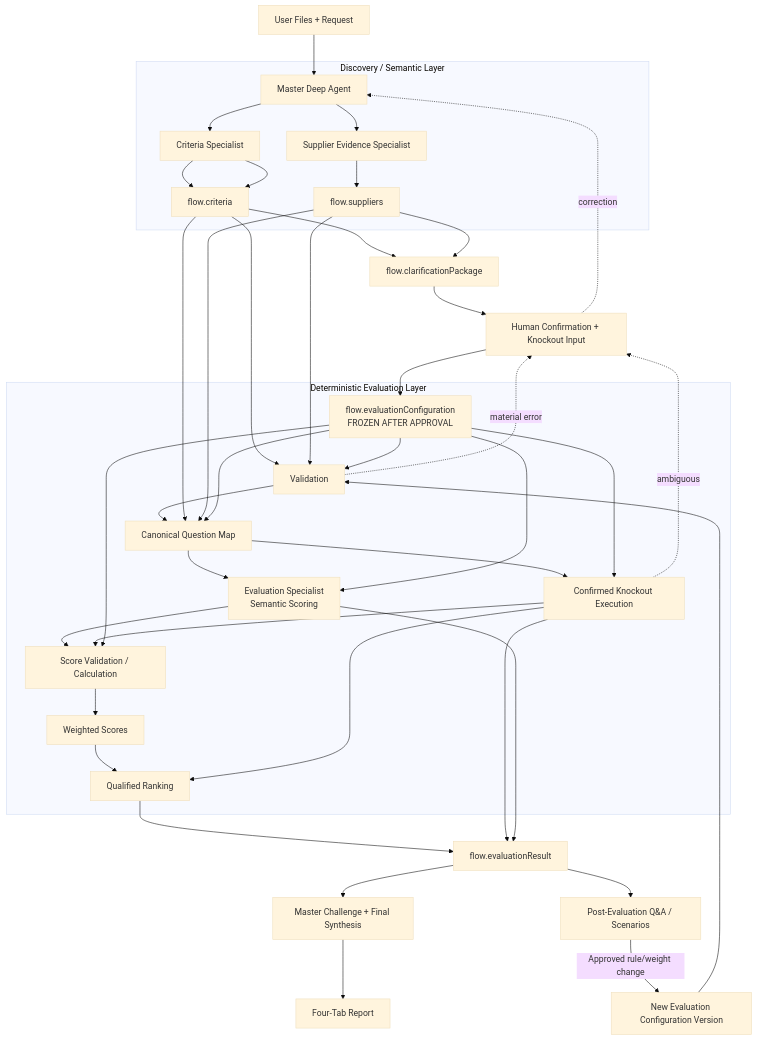
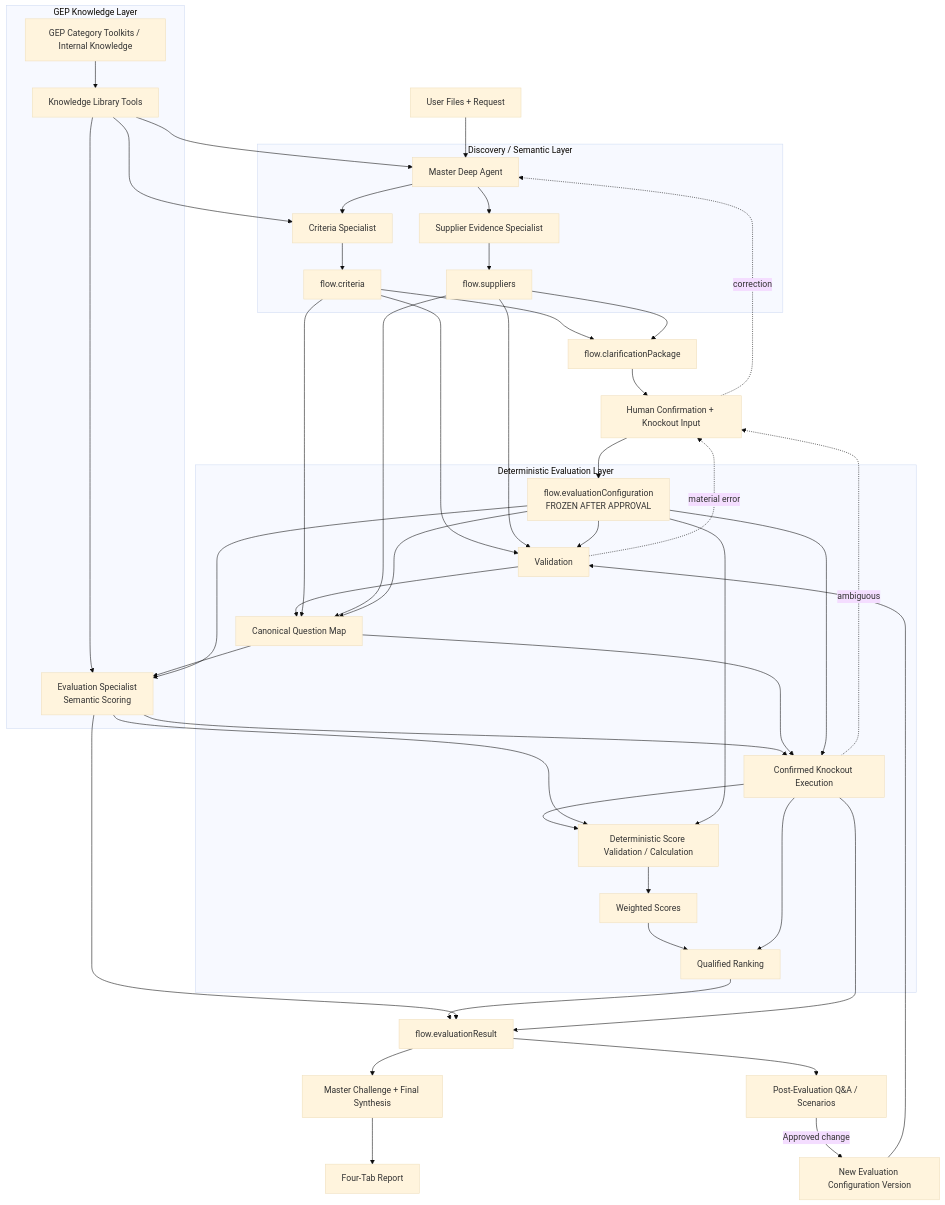
One commit to adityarane-ai/Agentic-Orchestrations changed the first of 2 diagrams in Bid Analysis Agent/05A-Data-Flow-Architecture.md. Above: the diagram before and after it, drawn with Mermaid (base theme). The commit also changed other lines of this file, not shown here.

Commit message:
Add GEP knowledge layer to data flow and governance

````diff
--- a/Bid Analysis Agent/05A-Data-Flow-Architecture.md
+++ b/Bid Analysis Agent/05A-Data-Flow-Architecture.md
@@ -21,50 +13,59 @@
 ```mermaid
 flowchart TB
     RAW[User Files + Request] --> M[Master Deep Agent]
 
     subgraph DISC[Discovery / Semantic Layer]
         M --> C[Criteria Specialist]
         M --> S[Supplier Evidence Specialist]
         C --> CRIT[flow.criteria]
         S --> SUP[flow.suppliers]
-        C --> CRIT
     end
 
-    CRIT --> BP[flow.clarificationPackage]
-    SUP --> BP
-    BP --> HUMAN[Human Confirmation + Knockout Input]
+    subgraph KNOW[GEP Knowledge Layer]
+        K[GEP Category Toolkits / Internal Knowledge]
+        KT[Knowledge Library Tools]
+        K --> KT
+        KT --> C
+        KT --> E
+        KT --> M
+    end
+
+    CRIT --> CP[flow.clarificationPackage]
+    SUP --> CP
+    CP --> HUMAN[Human Confirmation + Knockout Input]
     HUMAN --> CFG[flow.evaluationConfiguration<br/>FROZEN AFTER APPROVAL]
 
     subgraph DET[Deterministic Evaluation Layer]
         CRIT --> VAL[Validation]
         SUP --> VAL
         CFG --> VAL
         VAL --> CAN[Canonical Question Map]
         CRIT --> CAN
         SUP --> CAN
         CFG --> CAN
-        CAN --> KO[Confirmed Knockout Execution]
+        CAN --> E[Evaluation Specialist<br/>Semantic Scoring]
+        CFG --> E
+        E --> KO[Confirmed Knockout Execution]
+        CAN --> KO
         CFG --> KO
-        CAN --> SEM[Evaluation Specialist<br/>Semantic Scoring]
-        CFG --> SEM
-        SEM --> SV[Score Validation / Calculation]
-        KO --> SV
+        KO --> SV[Deterministic Score Validation / Calculation]
+        E --> SV
         CFG --> SV
         SV --> W[Weighted Scores]
         W --> R[Qualified Ranking]
         KO --> R
     end
 
     R --> RESULT[flow.evaluationResult]
+    E --> RESULT
     KO --> RESULT
-    SEM --> RESULT
-    RESULT --> MASTERQC[Master Challenge + Final Synthesis]
-    MASTERQC --> REPORT[Four-Tab Report]
+    RESULT --> QC[Master Challenge + Final Synthesis]
+    QC --> REPORT[Four-Tab Report]
     RESULT --> QA[Post-Evaluation Q&A / Scenarios]
-    QA -->|Approved rule/weight change| CFG2[New Evaluation Configuration Version]
+    QA -->|Approved change| CFG2[New Evaluation Configuration Version]
     CFG2 --> VAL
 
     HUMAN -. correction .-> M
     KO -. ambiguous .-> HUMAN
     VAL -. material error .-> HUMAN
 ```
````
